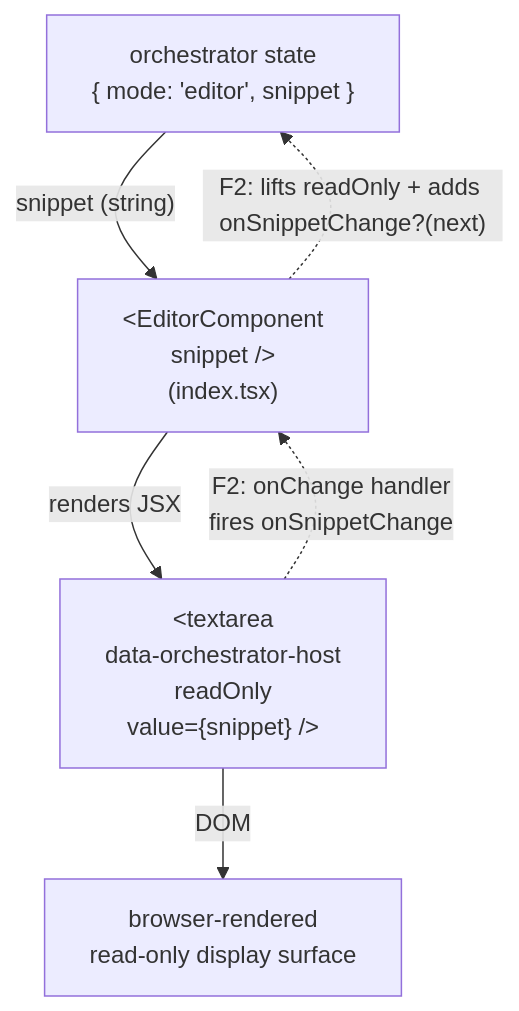
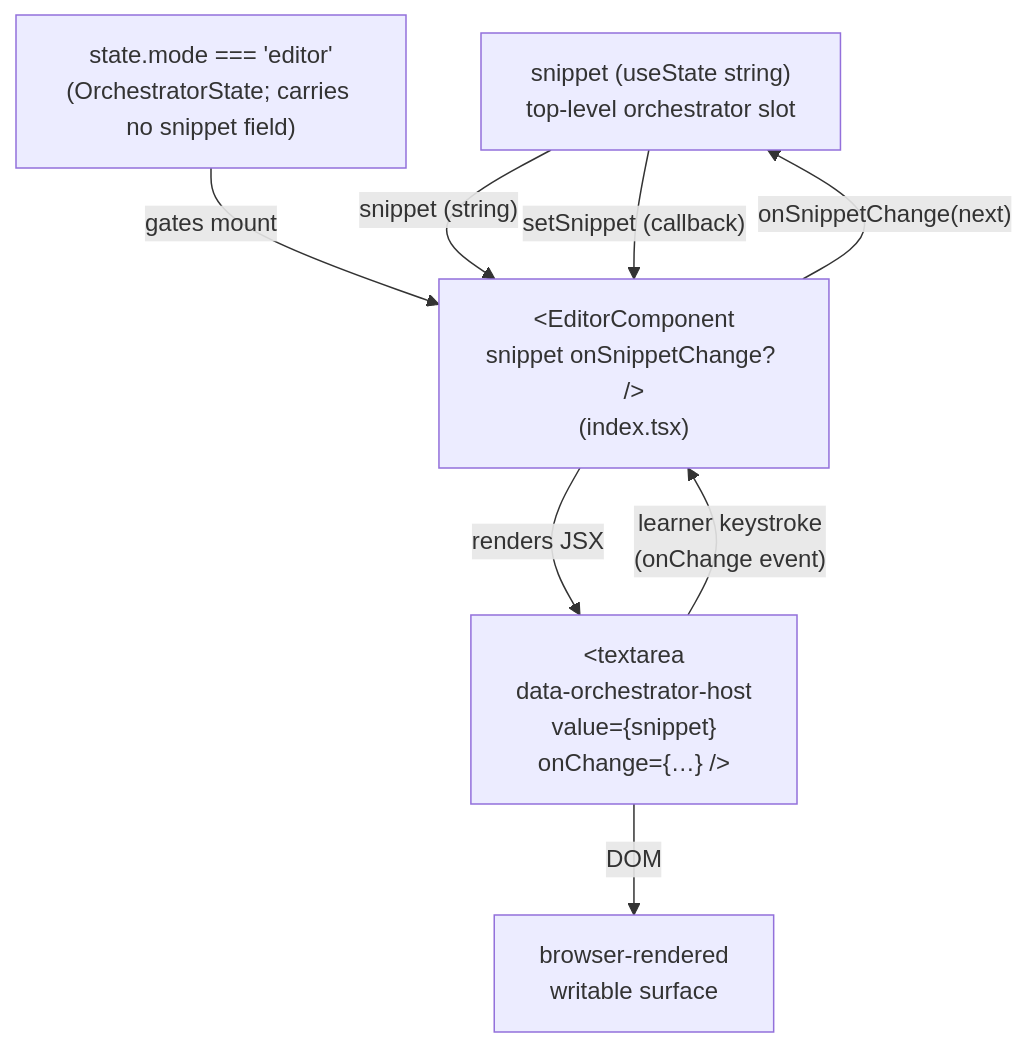
Before and after one commit to codeschoolinabox/curricula: the diagram in src/lib/welcome-to-programming/just-enough/javascript/orchestrate/editor/DOCS.md, drawn with Mermaid. The commit also changed other lines of this file and 4 other files, not shown here.

Commit message:
docs: establish F2 editor-vs-lens 2-mode state machine domain model and architectural sketch

````diff
--- a/src/lib/welcome-to-programming/just-enough/javascript/orchestrate/editor/DOCS.md
+++ b/src/lib/welcome-to-programming/just-enough/javascript/orchestrate/editor/DOCS.md
@@ -35,10 +35,12 @@
 ```mermaid
 flowchart TD
-    OrchestratorProps["orchestrator state<br/>{ mode: 'editor', snippet }"]
-    OrchestratorProps -->|"snippet (string)"| Editor["&lt;EditorComponent<br/>snippet /&gt;<br/>(index.tsx)"]
-    Editor -->|"renders JSX"| Host["&lt;textarea<br/>data-orchestrator-host<br/>readOnly<br/>value={snippet} /&gt;"]
-    Host -->|"DOM"| Browser["browser-rendered<br/>read-only display surface"]
-
-    Editor -. "F2: lifts readOnly + adds onSnippetChange?(next)" .-> OrchestratorProps
-    Host -. "F2: onChange handler<br/>fires onSnippetChange" .-> Editor
+    Snippet["snippet (useState string)<br/>top-level orchestrator slot"]
+    Mode["state.mode === 'editor'<br/>(OrchestratorState; carries no snippet field)"]
+    Snippet -->|"snippet (string)"| Editor["&lt;EditorComponent<br/>snippet onSnippetChange? /&gt;<br/>(index.tsx)"]
+    Mode -->|"gates mount"| Editor
+    Snippet -->|"setSnippet (callback)"| Editor
+    Editor -->|"renders JSX"| Host["&lt;textarea<br/>data-orchestrator-host<br/>value={snippet}<br/>onChange={…} /&gt;"]
+    Host -->|"DOM"| Browser["browser-rendered<br/>writable surface"]
+    Host -->|"learner keystroke<br/>(onChange event)"| Editor
+    Editor -->|"onSnippetChange(next)"| Snippet
 ```
````
